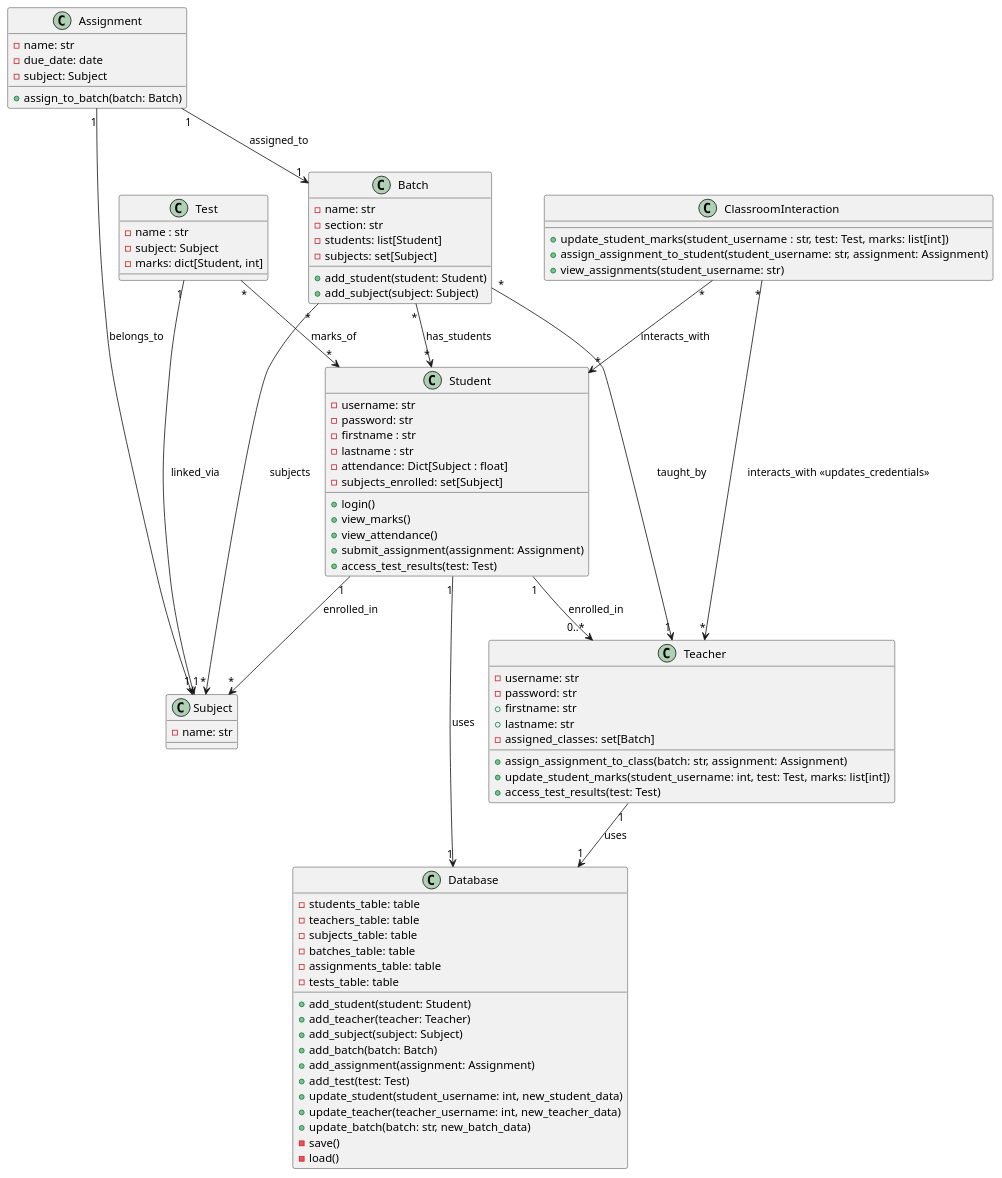
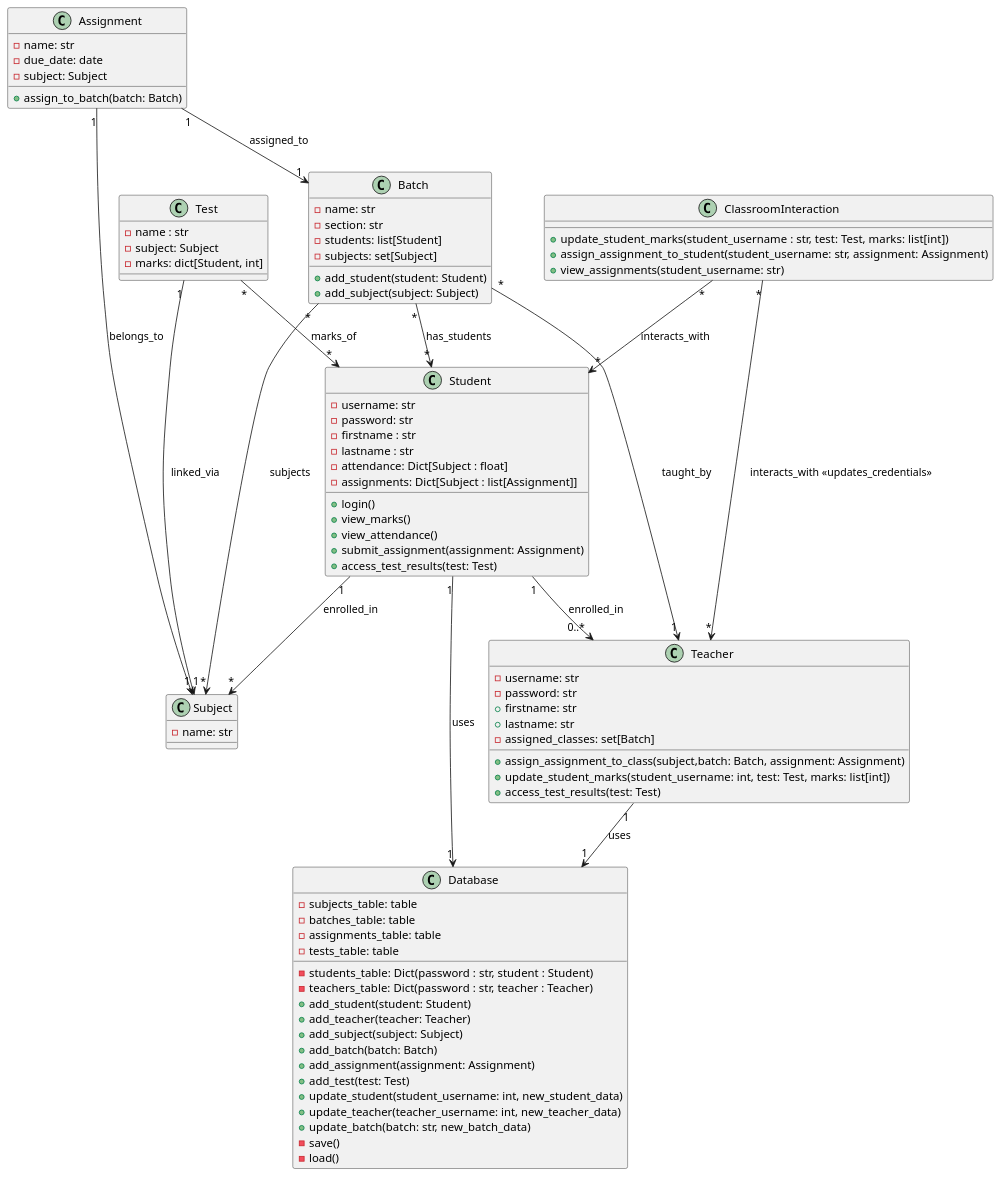
Before and after one commit to SrimanRakshan/DSA: the diagram in umldiagram.puml, drawn with PlantUML. The commit also changed 1 other file, not shown here.

Commit message:
Update UML,base classes

```diff
--- a/umldiagram.puml
+++ b/umldiagram.puml
@@ -1,92 +1,92 @@
 @startuml
 class Student {
     - username: str
     - password: str
     - firstname : str
     - lastname : str
     - attendance: Dict[Subject : float]
-    - subjects_enrolled: set[Subject]
+    - assignments: Dict[Subject : list[Assignment]]
     + login()
     + view_marks()
     + view_attendance()
     + submit_assignment(assignment: Assignment)
     + access_test_results(test: Test)
 }
 
 class Teacher {
     - username: str
     - password: str
     + firstname: str
     + lastname: str
     - assigned_classes: set[Batch]
-    + assign_assignment_to_class(batch: str, assignment: Assignment)
+    + assign_assignment_to_class(subject,batch: Batch, assignment: Assignment)
     + update_student_marks(student_username: int, test: Test, marks: list[int])
     + access_test_results(test: Test)
 }
 
 class Subject {
     - name: str
 }
 
 class Batch {
     - name: str
     - section: str
     - students: list[Student]
     - subjects: set[Subject]
     + add_student(student: Student)
     + add_subject(subject: Subject)
 }
 
 class Assignment {
     - name: str
     - due_date: date
     - subject: Subject
     + assign_to_batch(batch: Batch)
 }
 
 class Test {
     - name : str
     - subject: Subject
     - marks: dict[Student, int]
 }
 
 class ClassroomInteraction {
     + update_student_marks(student_username : str, test: Test, marks: list[int])
     + assign_assignment_to_student(student_username: str, assignment: Assignment)
     + view_assignments(student_username: str)
 }
 
 class Database {
-    - students_table: table
-    - teachers_table: table
+    - students_table: Dict(password : str, student : Student)
+    - teachers_table: Dict(password : str, teacher : Teacher)
     - subjects_table: table
     - batches_table: table
     - assignments_table: table
     - tests_table: table
     + add_student(student: Student)
     + add_teacher(teacher: Teacher)
     + add_subject(subject: Subject)
     + add_batch(batch: Batch)
     + add_assignment(assignment: Assignment)
     + add_test(test: Test)
     + update_student(student_username: int, new_student_data)
     + update_teacher(teacher_username: int, new_teacher_data)
     + update_batch(batch: str, new_batch_data)
     - save()
     - load()
 }
 
 Student "1" --> "0..*" Teacher : enrolled_in
 Student "1" --> "1" Database : uses
 Teacher "1" --> "1" Database : uses
 Student "1" --> "*" Subject : enrolled_in
 Batch "*" --> "1" Teacher : taught_by
 Batch "*" --> "*" Student : has_students
 Batch "*" --> "*" Subject : subjects
 Assignment "1" --> "1" Subject : belongs_to
 Assignment "1" --> "1" Batch : assigned_to
 Test "1" --> "1" Subject : linked_via
 Test "*" --> "*" Student : marks_of
 ClassroomInteraction "*" --> "*" Teacher : interacts_with <<updates_credentials>>
 ClassroomInteraction "*" --> "*" Student : interacts_with
 @enduml
```
